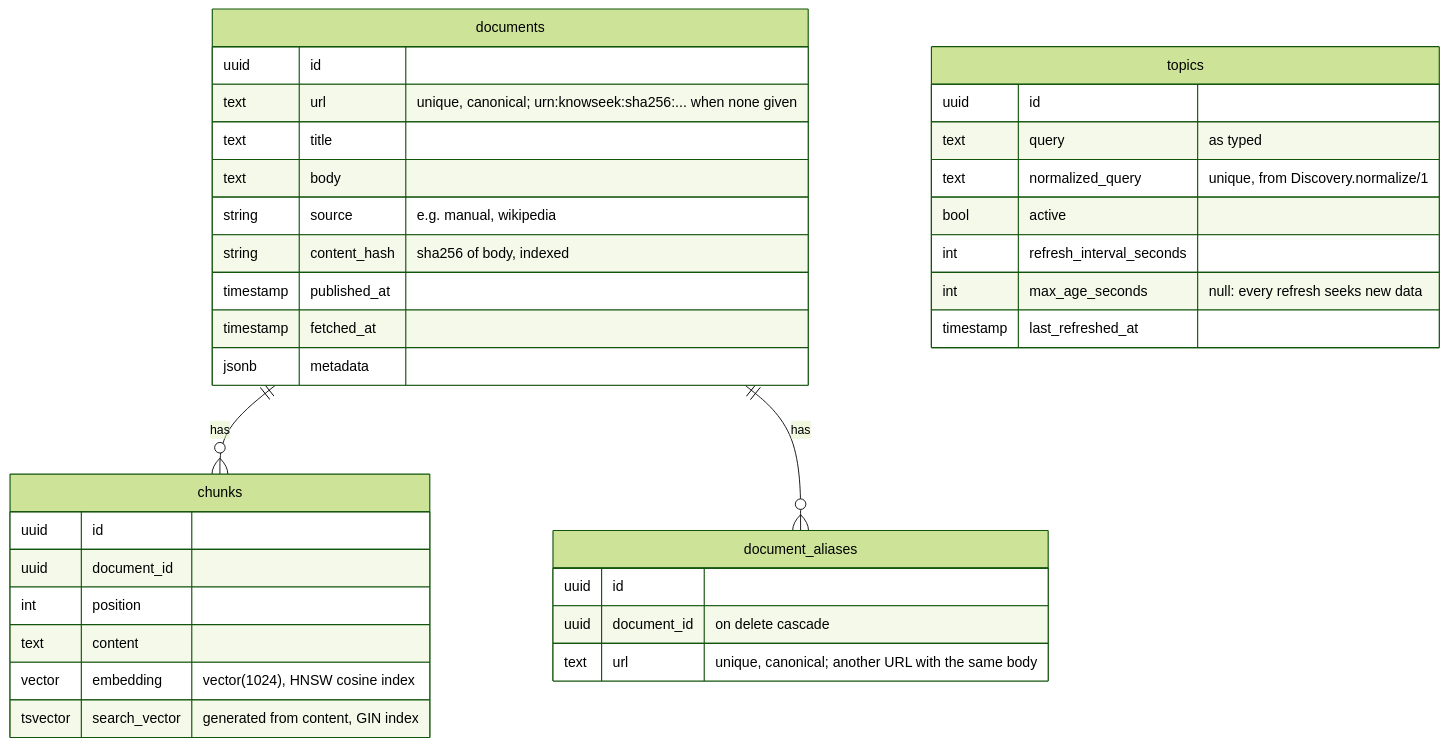
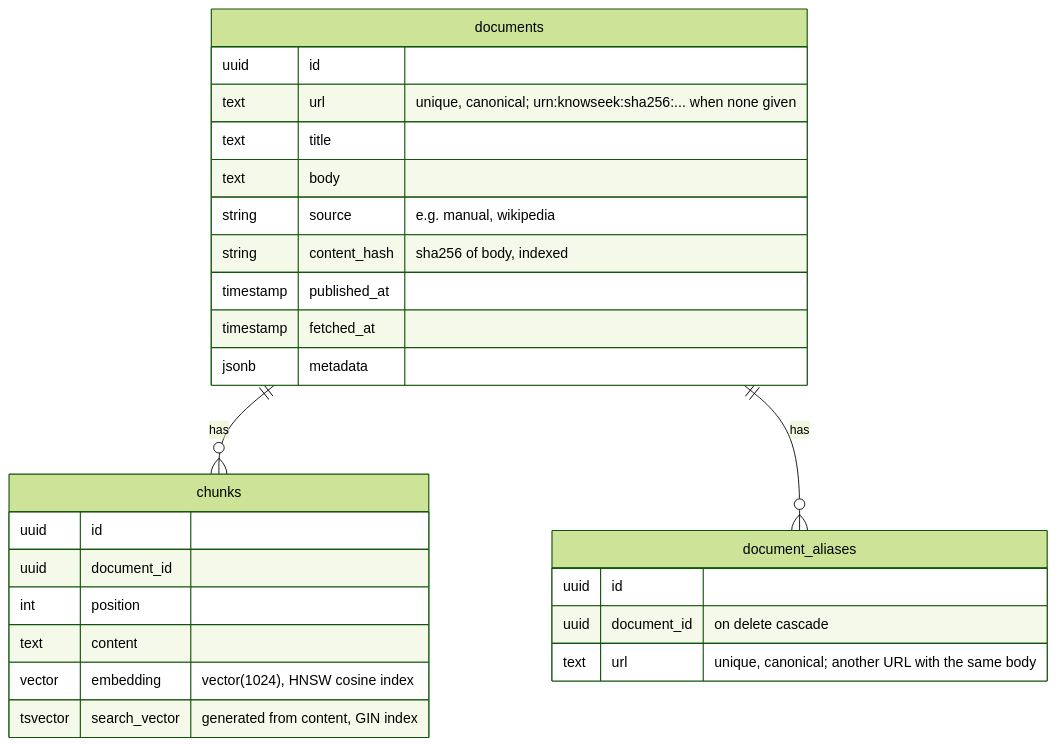
The second of 2 diagrams in docs/ARCHITECTURE.md (williamge/knowseek), drawn with Mermaid (forest theme) before and after one commit. The commit also changed other lines of this file and 45 other files, not shown here.

````diff
--- a/docs/ARCHITECTURE.md
+++ b/docs/ARCHITECTURE.md
@@ -55,38 +50,29 @@
 ```mermaid
 erDiagram
     documents ||--o{ chunks : has
     documents ||--o{ document_aliases : has
     documents {
         uuid id
         text url "unique, canonical; urn:knowseek:sha256:... when none given"
         text title
         text body
         string source "e.g. manual, wikipedia"
         string content_hash "sha256 of body, indexed"
         timestamp published_at
         timestamp fetched_at
         jsonb metadata
     }
     document_aliases {
         uuid id
         uuid document_id "on delete cascade"
         text url "unique, canonical; another URL with the same body"
     }
     chunks {
         uuid id
         uuid document_id
         int position
         text content
         vector embedding "vector(1024), HNSW cosine index"
         tsvector search_vector "generated from content, GIN index"
     }
-    topics {
-        uuid id
-        text query "as typed"
-        text normalized_query "unique, from Discovery.normalize/1"
-        bool active
-        int refresh_interval_seconds
-        int max_age_seconds "null: every refresh seeks new data"
-        timestamp last_refreshed_at
-    }
 ```
````
